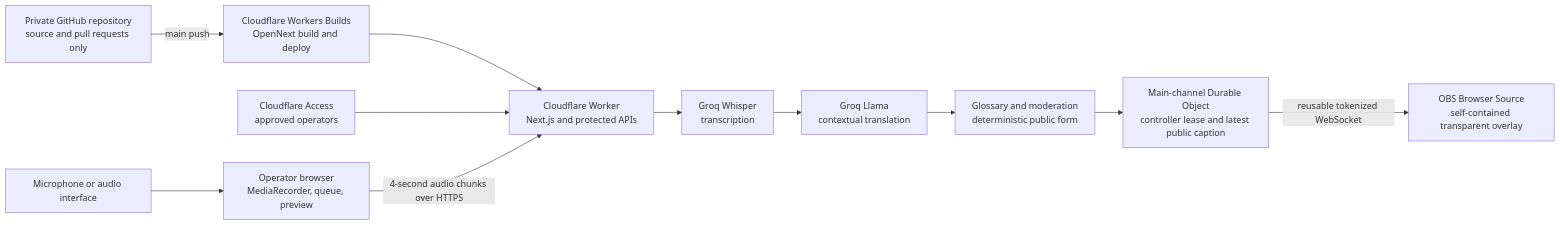
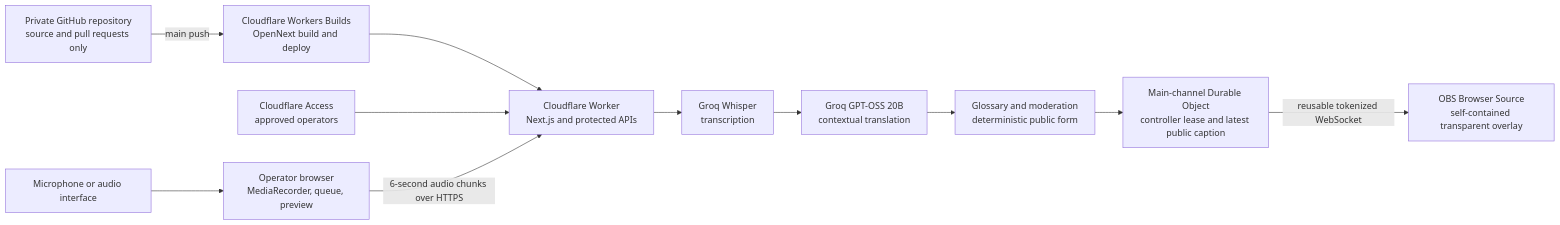
The diagram in README.md (variable-hq/caption-studio), drawn with Mermaid before and after one commit. The commit also changed other lines of this file and 14 other files, not shown here.

Commit message:
Migrate translation to GPT-OSS 20B

````diff
--- a/README.md
+++ b/README.md
@@ -49,13 +49,13 @@
 ```mermaid
 flowchart LR
   Repo["Private GitHub repository<br/>source and pull requests only"] -->|"main push"| Build["Cloudflare Workers Builds<br/>OpenNext build and deploy"]
   Build --> Worker
   Mic["Microphone or audio interface"] --> Browser["Operator browser<br/>MediaRecorder, queue, preview"]
   Access["Cloudflare Access<br/>approved operators"] --> Worker["Cloudflare Worker<br/>Next.js and protected APIs"]
-  Browser -->|"4-second audio chunks over HTTPS"| Worker
+  Browser -->|"6-second audio chunks over HTTPS"| Worker
   Worker --> Whisper["Groq Whisper<br/>transcription"]
-  Whisper --> Translate["Groq Llama<br/>contextual translation"]
+  Whisper --> Translate["Groq GPT-OSS 20B<br/>contextual translation"]
   Translate --> Pipeline["Glossary and moderation<br/>deterministic public form"]
   Pipeline --> Room["Main-channel Durable Object<br/>controller lease and latest public caption"]
   Room -->|"reusable tokenized WebSocket"| OBS["OBS Browser Source<br/>self-contained transparent overlay"]
 ```
````
